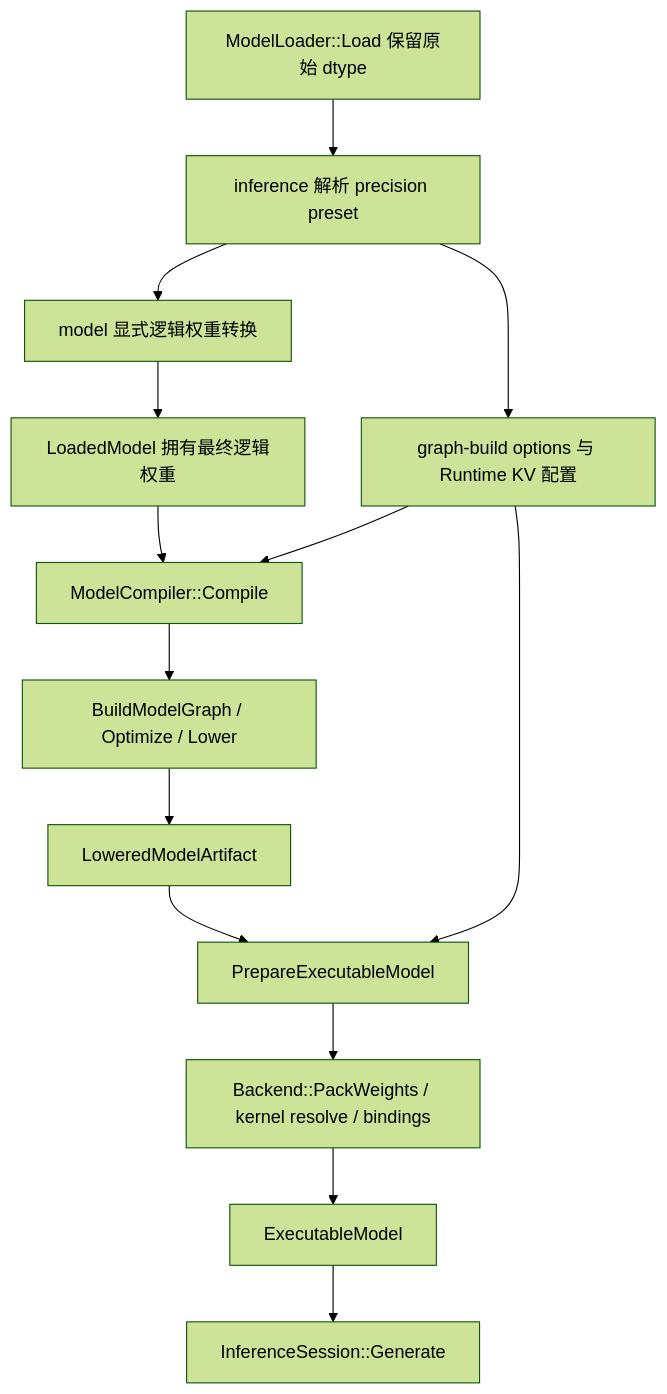
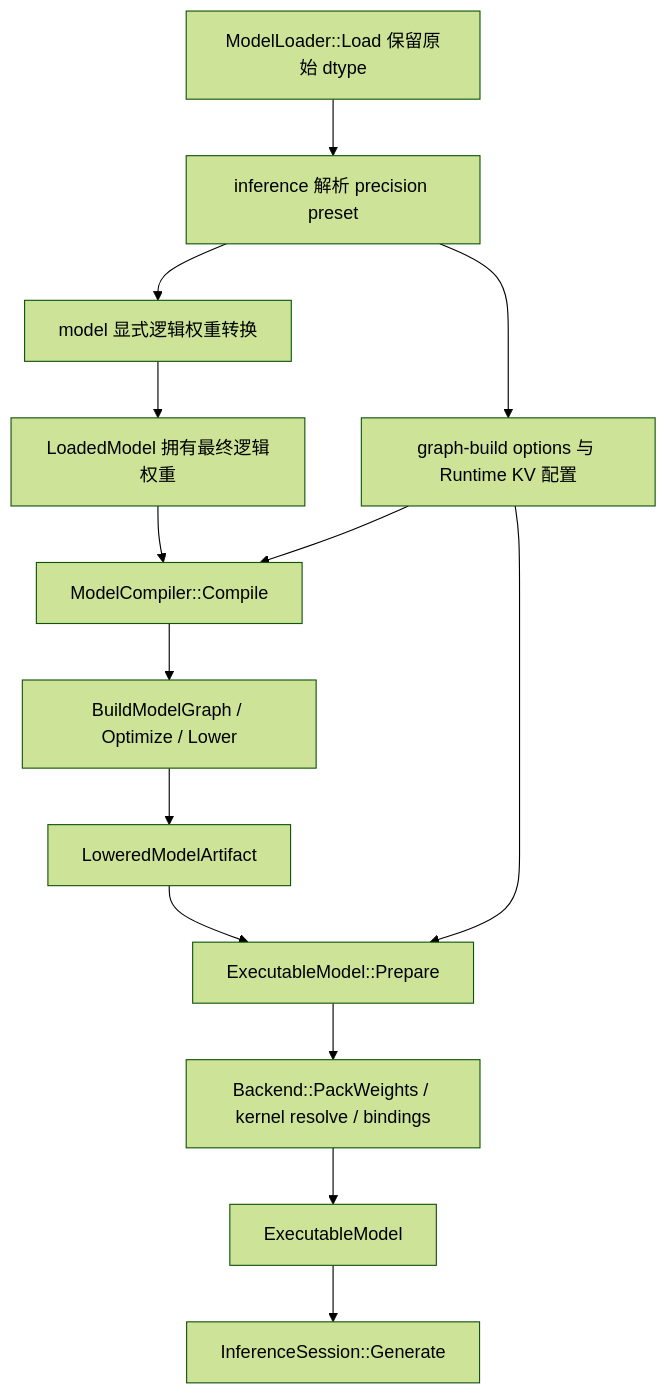
One commit to fengjiran/AetherMind changed the diagram in docs/improvement-plan/11-fp16-bf16-execution-support.md. Above: the diagram before and after it, drawn with Mermaid (forest theme). The commit also changed other lines of this file and 19 other files, not shown here.

````diff
--- a/docs/improvement-plan/11-fp16-bf16-execution-support.md
+++ b/docs/improvement-plan/11-fp16-bf16-execution-support.md
@@ -97,16 +97,16 @@
 ```mermaid
 flowchart TD
     A[ModelLoader::Load 保留原始 dtype] --> B[inference 解析 precision preset]
     B --> C[model 显式逻辑权重转换]
     B --> D[graph-build options 与 Runtime KV 配置]
     C --> E[LoadedModel 拥有最终逻辑权重]
     E --> F[ModelCompiler::Compile]
     D --> F
     F --> G[BuildModelGraph / Optimize / Lower]
     G --> H[LoweredModelArtifact]
-    H --> I[PrepareExecutableModel]
+    H --> I[ExecutableModel::Prepare]
     D --> I
     I --> J[Backend::PackWeights / kernel resolve / bindings]
     J --> K[ExecutableModel]
     K --> L[InferenceSession::Generate]
 ```
````
